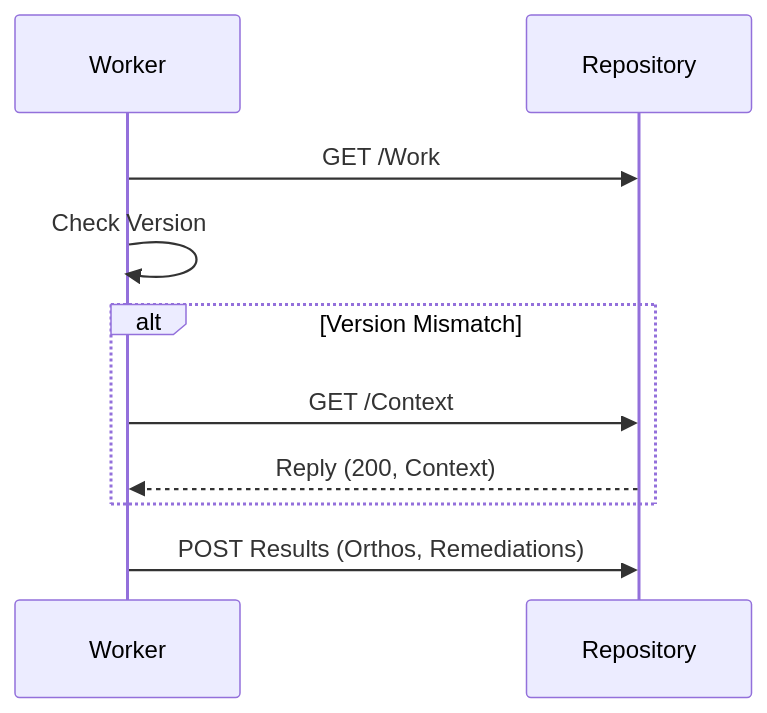
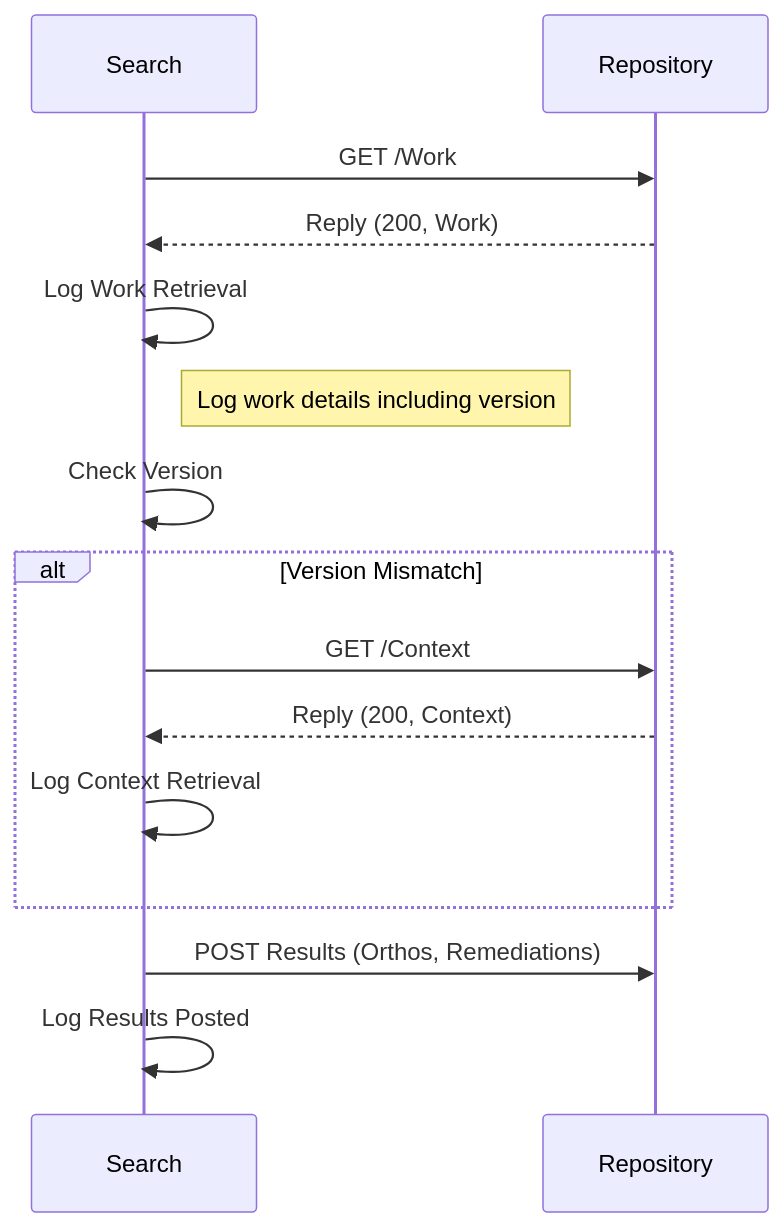
One commit to michaelrauh/crochet changed the diagram in worker_process.md. Above: the diagram before and after it, drawn with Mermaid. The commit also changed 62 other files, not shown here.

````diff
--- a/worker_process.md
+++ b/worker_process.md
@@ -1,14 +1,19 @@
 ```mermaid
 sequenceDiagram
-    participant Worker
+    participant Search
     participant Repository
 
-    Worker->>Repository: GET /Work
-    Worker->>Worker: Check Version
+    Search->>Repository: GET /Work
+    Repository-->>Search: Reply (200, Work)
+    Search->>Search: Log Work Retrieval
+    Note right of Search: Log work details including version
+    Search->>Search: Check Version
         alt Version Mismatch
-            Worker->>Repository: GET /Context
-            Repository-->>Worker: Reply (200, Context)
+            Search->>Repository: GET /Context
+            Repository-->>Search: Reply (200, Context)
+            Search->>Search: Log Context Retrieval
         end
 
-    Worker->>Repository: POST Results (Orthos, Remediations) 
-``` 
+    Search->>Repository: POST Results (Orthos, Remediations)
+    Search->>Search: Log Results Posted
+```
````
